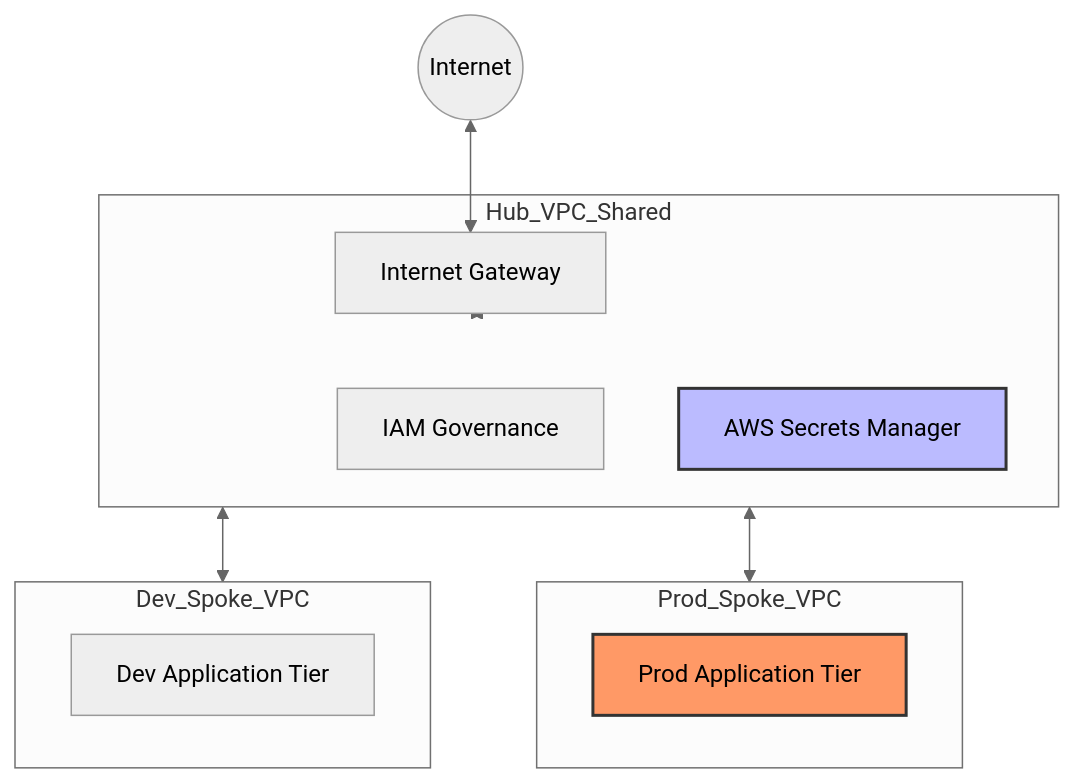
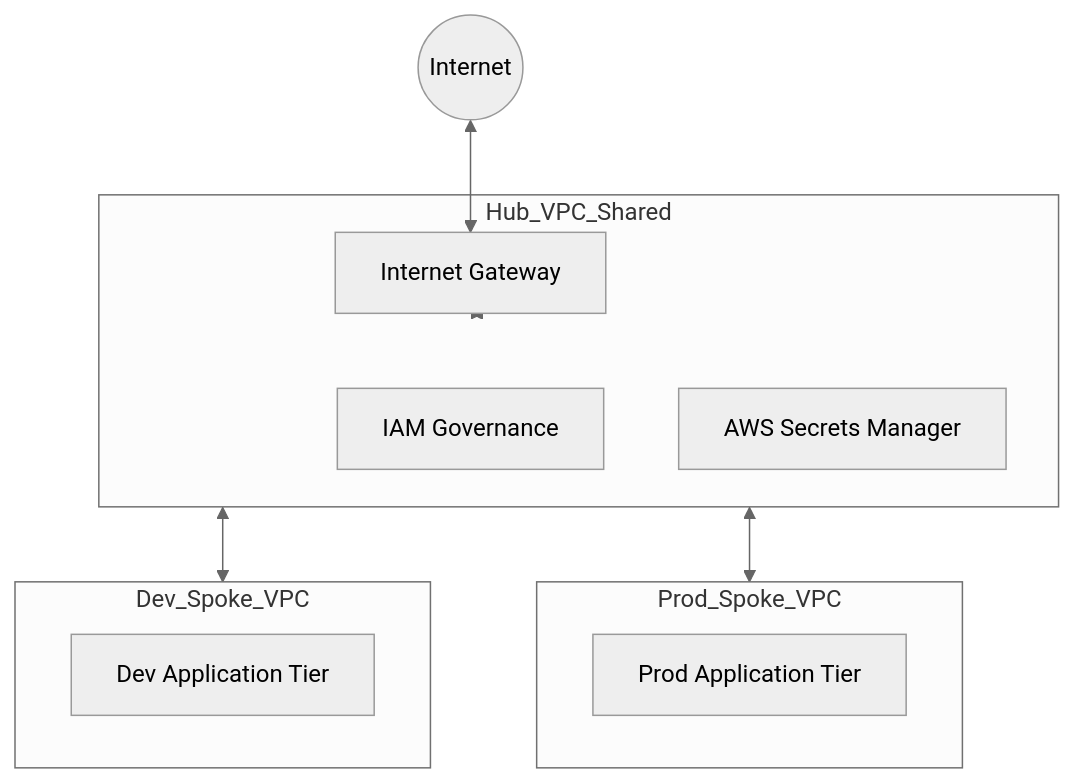
The first of 2 diagrams in README.md (madhupsheen/multi-cloud-terraform-golden-paths), drawn with Mermaid (neutral theme) before and after one commit.

````diff
--- a/README.md
+++ b/README.md
@@ -15,25 +15,22 @@
 ```mermaid
 graph TD
     Internet((Internet))
     subgraph Hub_VPC_Shared
     IGW[Internet Gateway]
     IAM[IAM Governance]
     Secrets[AWS Secrets Manager]
     end
 
     subgraph Dev_Spoke_VPC
     DevApp[Dev Application Tier]
     end
 
     subgraph Prod_Spoke_VPC
     ProdApp[Prod Application Tier]
     end
 
     Internet <--> IGW
     IGW <--> Hub_VPC_Shared
     Hub_VPC_Shared <--> Dev_Spoke_VPC
     Hub_VPC_Shared <--> Prod_Spoke_VPC
-    
-    style ProdApp fill:#f96,stroke:#333,stroke-width:2px
-    style Secrets fill:#bbf,stroke:#333,stroke-width:2px
 ```
````
